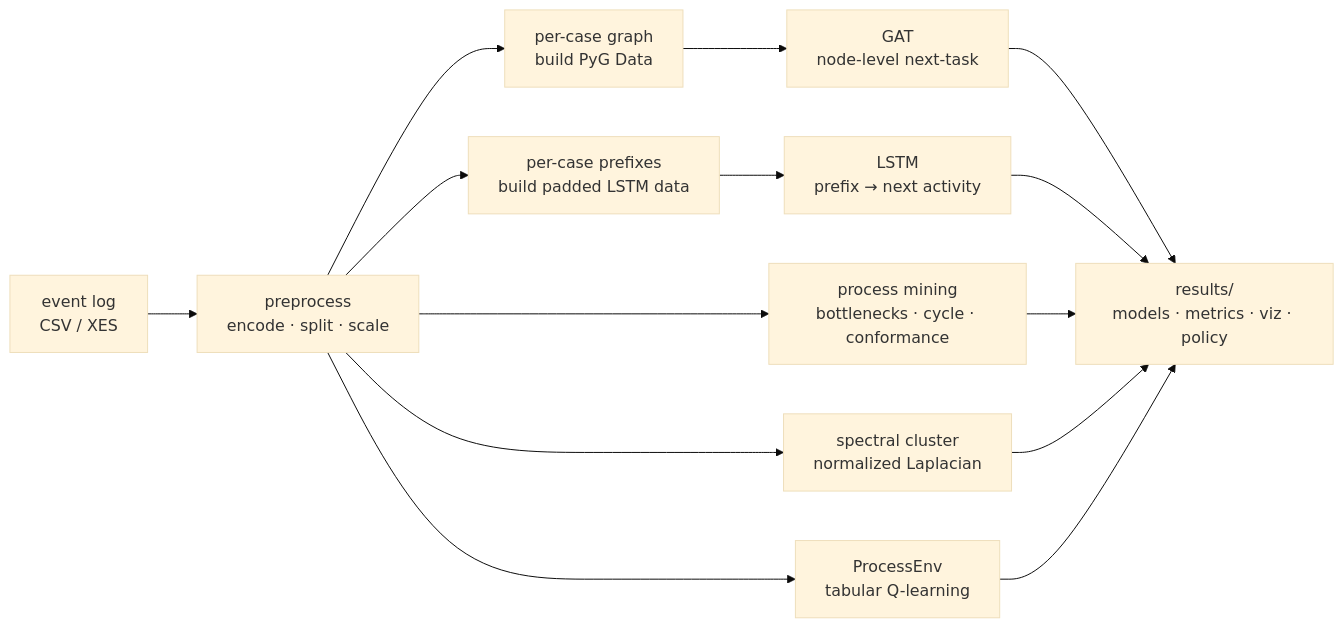
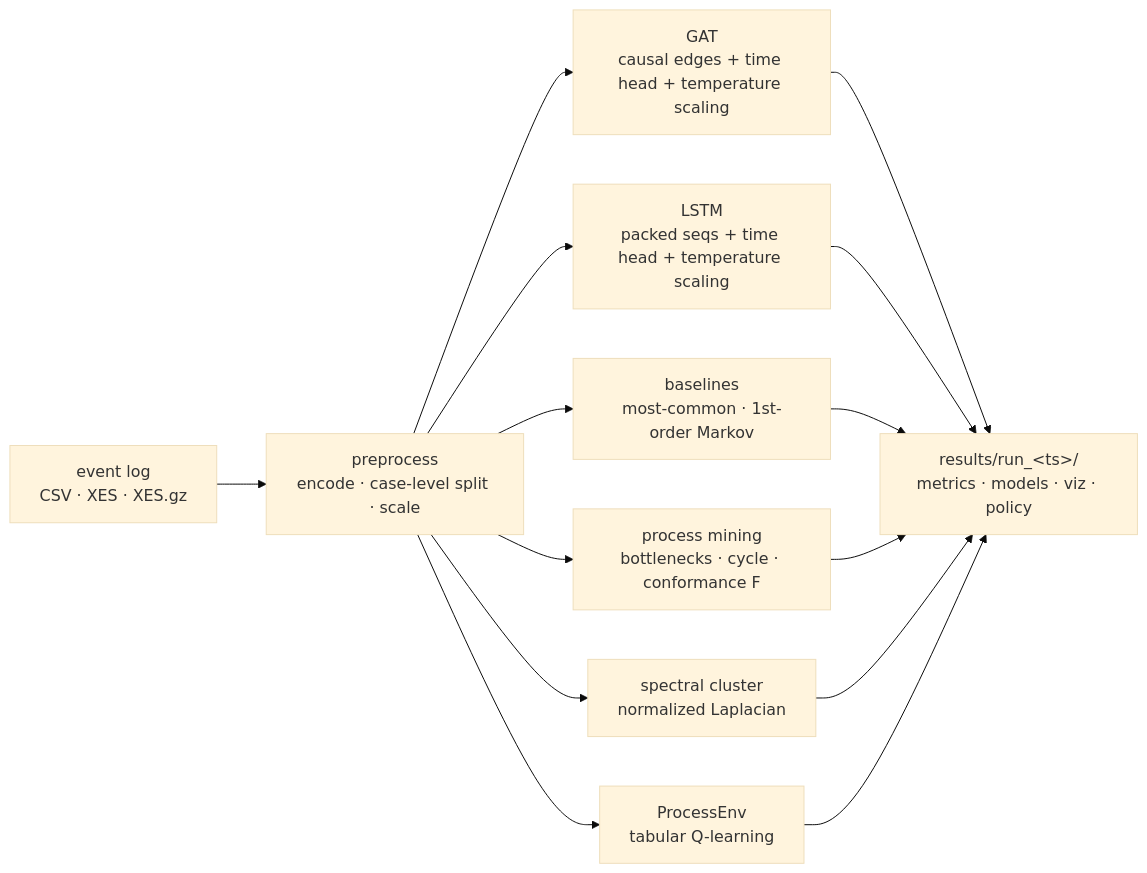
Before and after one commit to erphq/GNN: the diagram in README.md, drawn with Mermaid (base theme). The commit also changed other lines of this file, not shown here.

````diff
--- a/README.md
+++ b/README.md
@@ -163,16 +72,16 @@
 ```mermaid
 flowchart LR
-    CSV[event log<br/>CSV / XES] --> P[preprocess<br/>encode · split · scale]
-    P --> G[per-case graph<br/>build PyG Data]
-    P --> S[per-case prefixes<br/>build padded LSTM data]
-    G --> GAT[GAT<br/>node-level next-task]
-    S --> LSTM[LSTM<br/>prefix → next activity]
-    P --> A[process mining<br/>bottlenecks · cycle · conformance]
-    P --> C[spectral cluster<br/>normalized Laplacian]
-    P --> RL[ProcessEnv<br/>tabular Q-learning]
-    GAT --> R[results/<br/>models · metrics · viz · policy]
-    LSTM --> R
-    A --> R
-    C --> R
-    RL --> R
+  log[event log<br/>CSV · XES · XES.gz] --> P[preprocess<br/>encode · case-level split · scale]
+  P --> B[baselines<br/>most-common · 1st-order Markov]
+  P --> G[GAT<br/>causal edges + time head + temperature scaling]
+  P --> L[LSTM<br/>packed seqs + time head + temperature scaling]
+  P --> A[process mining<br/>bottlenecks · cycle · conformance F]
+  P --> C[spectral cluster<br/>normalized Laplacian]
+  P --> RL[ProcessEnv<br/>tabular Q-learning]
+  G --> R[results/run_&lt;ts&gt;/<br/>metrics · models · viz · policy]
+  L --> R
+  B --> R
+  A --> R
+  C --> R
+  RL --> R
 ```
````
